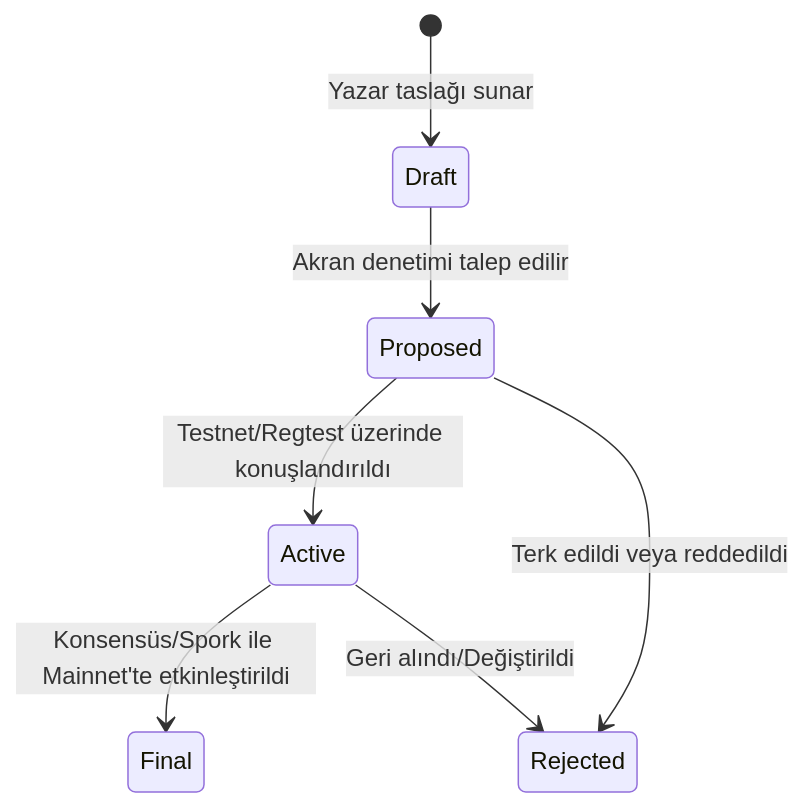
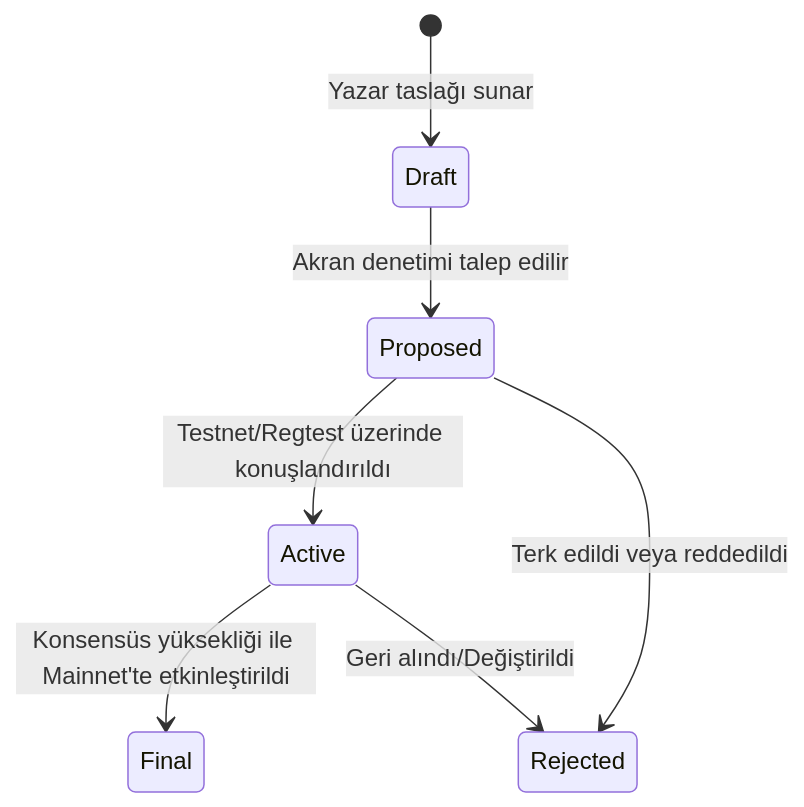
The diagram in doc/ktips/KTIP-0001_KTIP_Process_TR.md (bedri/KristaTech-KRISTA), drawn with Mermaid before and after one commit. The commit also changed other lines of this file and 31 other files, not shown here.

````diff
--- a/doc/ktips/KTIP-0001_KTIP_Process_TR.md
+++ b/doc/ktips/KTIP-0001_KTIP_Process_TR.md
@@ -25,9 +25,9 @@
 ```mermaid
 stateDiagram-v2
     [*] --> Draft : Yazar taslağı sunar
     Draft --> Proposed : Akran denetimi talep edilir
     Proposed --> Active : Testnet/Regtest üzerinde konuşlandırıldı
     Proposed --> Rejected : Terk edildi veya reddedildi
-    Active --> Final : Konsensüs/Spork ile Mainnet'te etkinleştirildi
+    Active --> Final : Konsensüs yüksekliği ile Mainnet'te etkinleştirildi
     Active --> Rejected : Geri alındı/Değiştirildi
 ```
````
